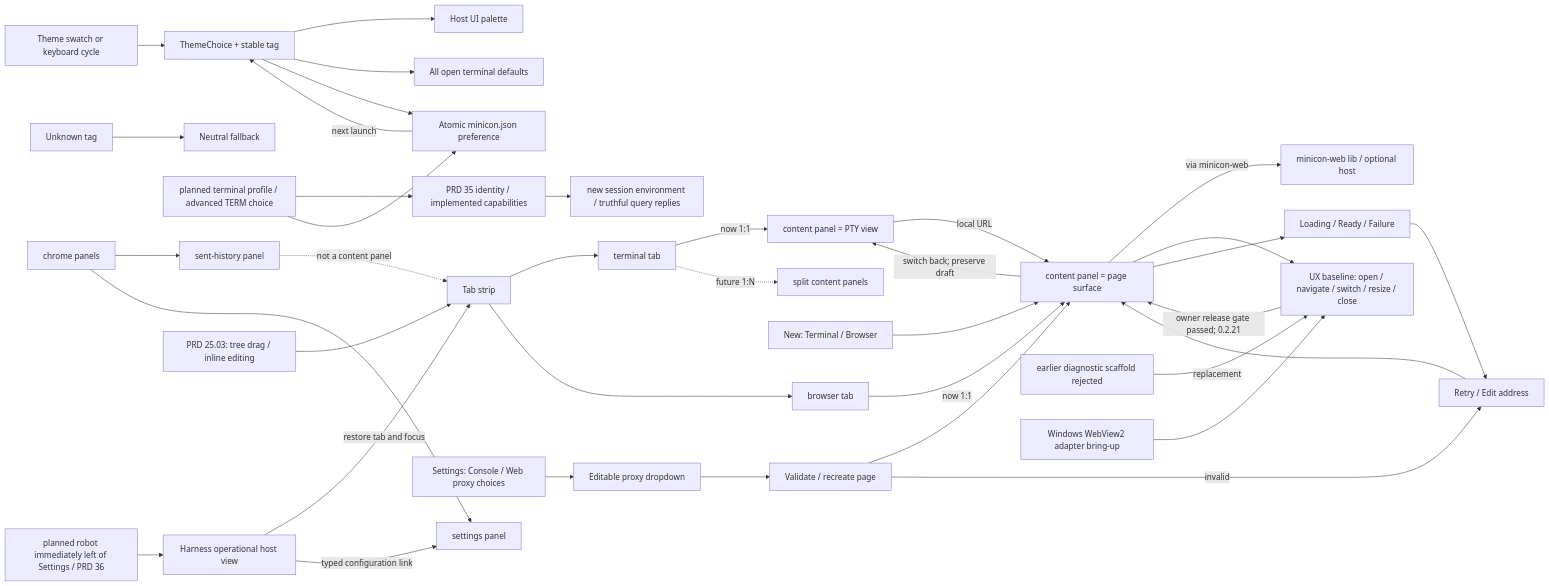
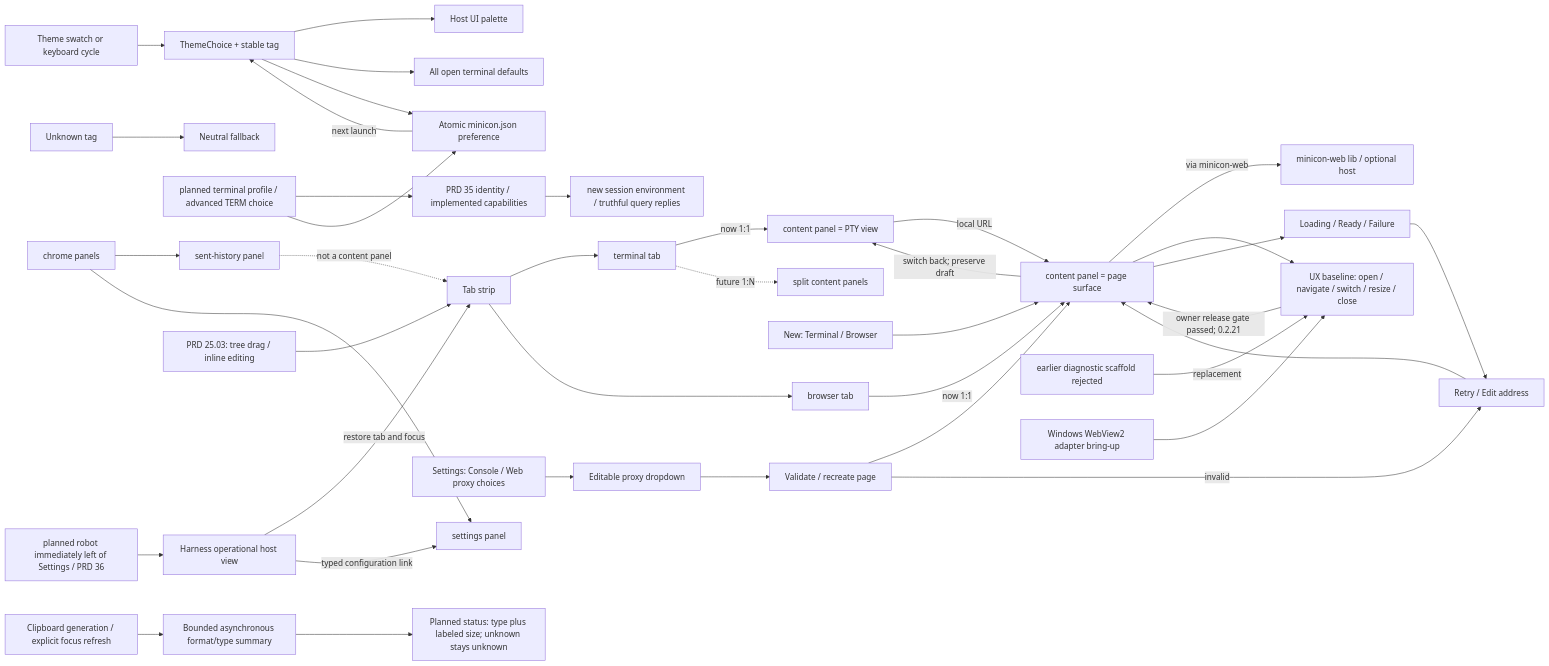
One commit to partnernetsoftware/minicon changed the first of 2 diagrams in prd/PRD_02_25_con_workspace.md. Above: the diagram before and after it, drawn with Mermaid. The commit also changed other lines of this file and 2 other files, not shown here.

Commit message:
Plan clipboard type and labeled size status for 0.2.24

````diff
--- a/prd/PRD_02_25_con_workspace.md
+++ b/prd/PRD_02_25_con_workspace.md
@@ -60,39 +61,41 @@
 ```mermaid
 flowchart LR
     Choice["Theme swatch or keyboard cycle"] --> T["ThemeChoice + stable tag"]
     T --> Host["Host UI palette"]
     T --> Tabs["All open terminal defaults"]
     T --> Save["Atomic minicon.json preference"]
     Save -->|next launch| T
     Bad["Unknown tag"] --> Default["Neutral fallback"]
     Term["planned terminal profile / advanced TERM choice"] --> Contract["PRD 35 identity / implemented capabilities"]
     Contract --> Spawn["new session environment / truthful query replies"]
     Term --> Save
     Strip["Tab strip"] --> TermTab["terminal tab"]
     Strip --> BrTab["browser tab"]
     TermTab -->|"now 1:1"| TermCP["content panel = PTY view"]
     BrTab -->|"now 1:1"| BrCP["content panel = page surface"]
     BrCP -->|"via minicon-web"| Web["minicon-web lib / optional host"]
     BrCP --> UX["UX baseline: open / navigate / switch / resize / close"]
     BadUX["earlier diagnostic scaffold rejected"] -->|"replacement"| UX
     WinWeb["Windows WebView2 adapter bring-up"] --> UX
     UX -->|"owner release gate passed; 0.2.21"| BrCP
     Entry["New: Terminal / Browser"] --> BrCP
     BrCP --> State["Loading / Ready / Failure"]
     State --> Recovery["Retry / Edit address"]
     Recovery --> BrCP
     Choices["Settings: Console / Web proxy choices"] --> Proxy
     Proxy["Editable proxy dropdown"] --> Validate["Validate / recreate page"]
     Validate --> BrCP
     Validate -->|invalid| Recovery
     TermCP -->|"local URL"| BrCP
     BrCP -->|"switch back; preserve draft"| TermCP
     TermTab -.->|"future 1:N"| Multi["split content panels"]
     Chrome["chrome panels"] --> Hist["sent-history panel"]
     Chrome --> Sett["settings panel"]
     Robot["planned robot immediately left of Settings / PRD 36"] --> HW["Harness operational host view"]
     TI["PRD 25.03: tree drag / inline editing"] --> Strip
     HW -->|"restore tab and focus"| Strip
     HW -->|"typed configuration link"| Sett
     Hist -.->|"not a content panel"| Strip
+    CB["Clipboard generation / explicit focus refresh"] --> CT["Bounded asynchronous format/type summary"]
+    CT --> CS["Planned status: type plus labeled size; unknown stays unknown"]
 ```
````
